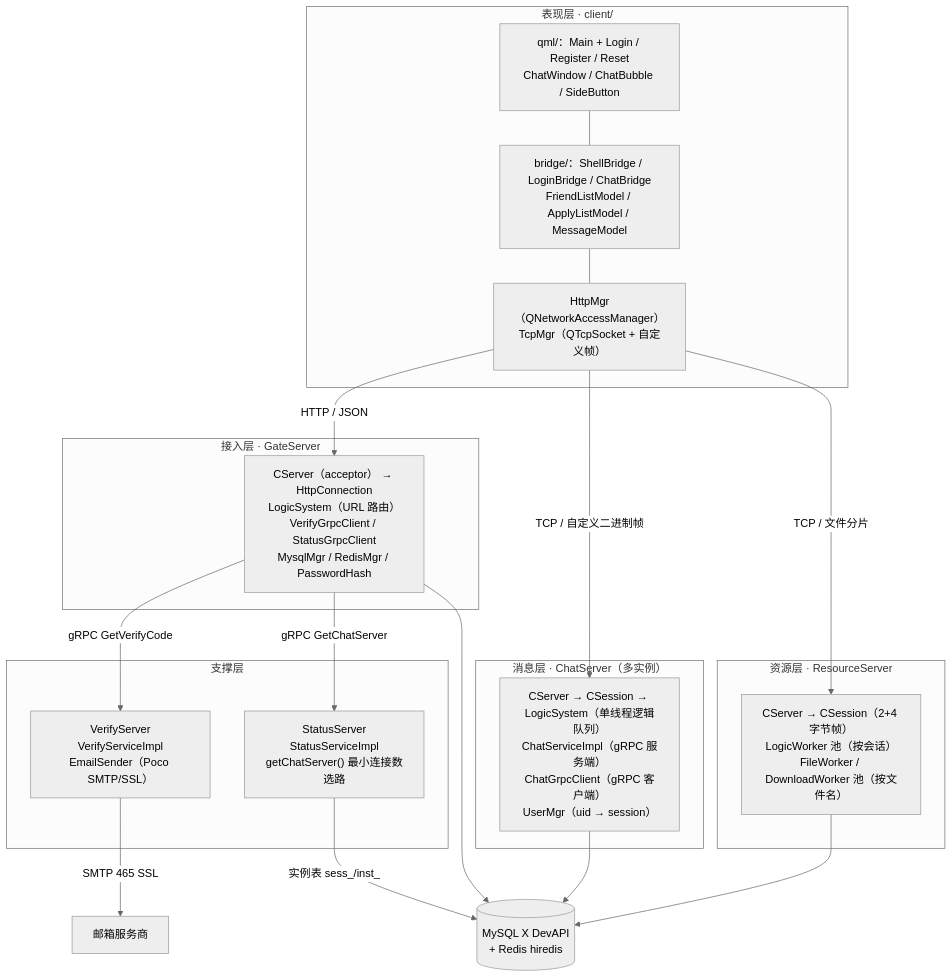
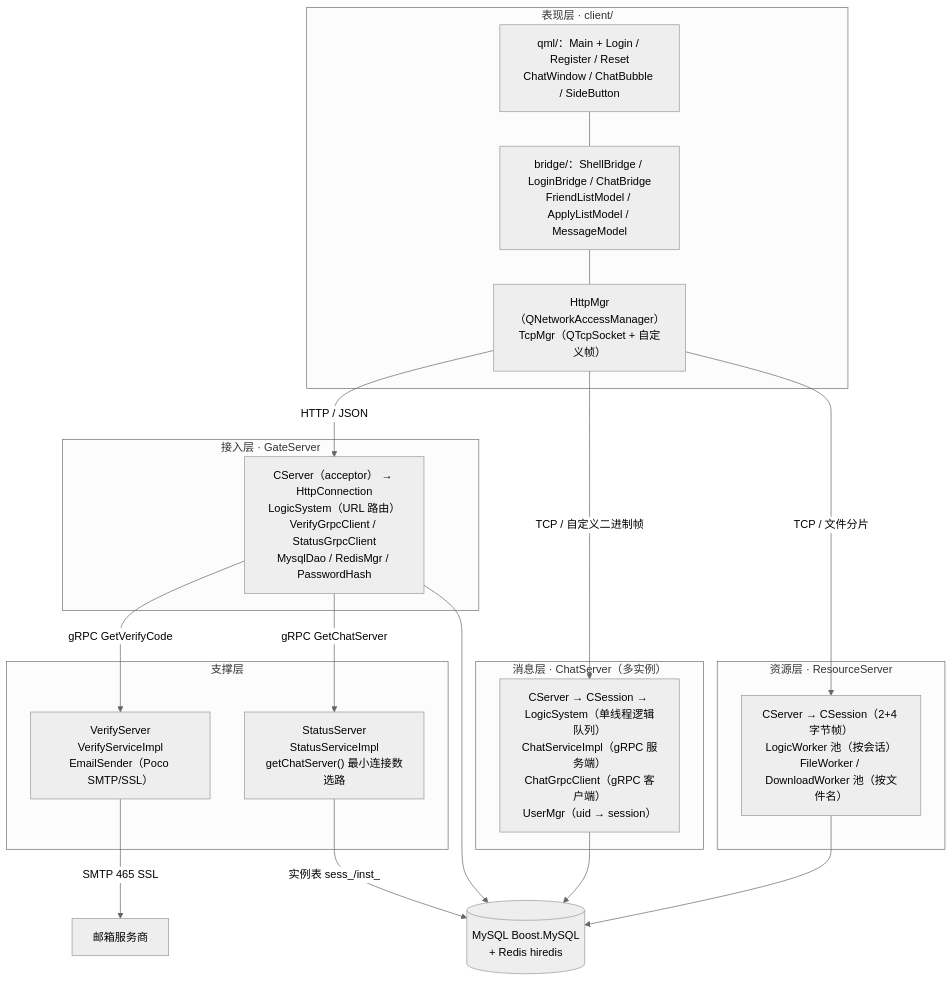
Before and after one commit to yrc920/yunjian: the first of 5 diagrams in docs/01-architecture.md, drawn with Mermaid (neutral theme). The commit also changed other lines of this file and 133 other files, not shown here.

````diff
--- a/docs/01-architecture.md
+++ b/docs/01-architecture.md
@@ -19,40 +19,40 @@
 ```mermaid
 flowchart TB
     subgraph presentation["表现层 · client/"]
         UI["qml/：Main + Login / Register / Reset<br/>ChatWindow / ChatBubble / SideButton"]
         Bridge["bridge/：ShellBridge / LoginBridge / ChatBridge<br/>FriendListModel / ApplyListModel / MessageModel"]
         CMgr["HttpMgr（QNetworkAccessManager）<br/>TcpMgr（QTcpSocket + 自定义帧）"]
         UI --- Bridge --- CMgr
     end
 
     subgraph access["接入层 · GateServer"]
-        Gate["CServer（acceptor） → HttpConnection<br/>LogicSystem（URL 路由）<br/>VerifyGrpcClient / StatusGrpcClient<br/>MysqlMgr / RedisMgr / PasswordHash"]
+        Gate["CServer（acceptor） → HttpConnection<br/>LogicSystem（URL 路由）<br/>VerifyGrpcClient / StatusGrpcClient<br/>MysqlDao / RedisMgr / PasswordHash"]
     end
 
     subgraph support["支撑层"]
         Verify["VerifyServer<br/>VerifyServiceImpl<br/>EmailSender（Poco SMTP/SSL）"]
         Status["StatusServer<br/>StatusServiceImpl<br/>getChatServer() 最小连接数选路"]
     end
 
     subgraph msg["消息层 · ChatServer（多实例）"]
         Chat["CServer → CSession → LogicSystem（单线程逻辑队列）<br/>ChatServiceImpl（gRPC 服务端）<br/>ChatGrpcClient（gRPC 客户端）<br/>UserMgr（uid → session）"]
     end
 
     subgraph res["资源层 · ResourceServer"]
         Res["CServer → CSession（2+4 字节帧）<br/>LogicWorker 池（按会话）<br/>FileWorker / DownloadWorker 池（按文件名）"]
     end
 
-    Store[("MySQL X DevAPI<br/>+ Redis hiredis")]
+    Store[("MySQL Boost.MySQL<br/>+ Redis hiredis")]
     Mail["邮箱服务商"]
 
     CMgr -->|"HTTP / JSON"| Gate
     CMgr -->|"TCP / 自定义二进制帧"| Chat
     CMgr -->|"TCP / 文件分片"| Res
     Gate -->|"gRPC GetVerifyCode"| Verify
     Gate -->|"gRPC GetChatServer"| Status
     Gate --> Store
     Verify -->|"SMTP 465 SSL"| Mail
     Status -->|"实例表 sess_/inst_"| Store
     Chat --> Store
     Res --> Store
 ```
````
